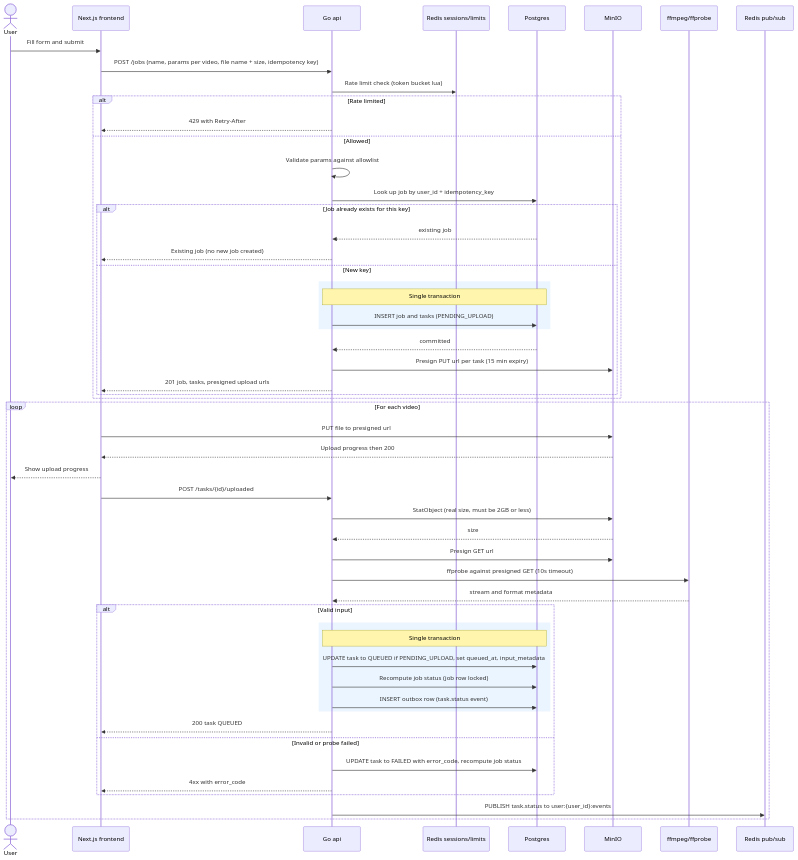
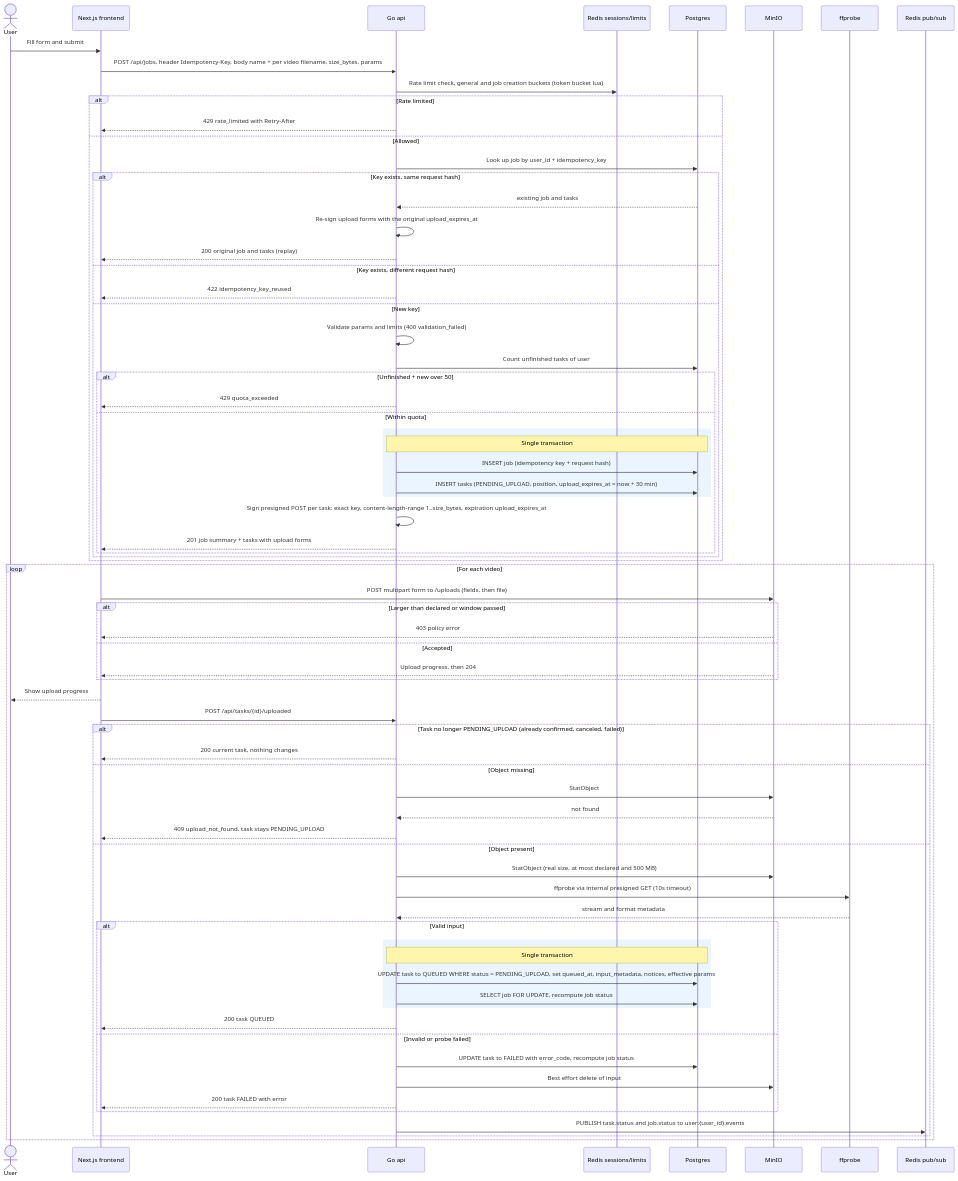
Before and after one commit to MardonBa/transcoding-job-scheduler: the diagram in docs/diagrams/sequence/02-job-creation-and-upload.md, drawn with Mermaid. The commit also changed other lines of this file and 31 other files, not shown here.

````diff
--- a/docs/diagrams/sequence/02-job-creation-and-upload.md
+++ b/docs/diagrams/sequence/02-job-creation-and-upload.md
@@ -5,58 +5,76 @@
 ```mermaid
 sequenceDiagram
     actor User
     participant Browser as Next.js frontend
     participant API as Go api
     participant RKV as Redis sessions/limits
     participant PG as Postgres
     participant MinIO
-    participant FFmpeg as ffmpeg/ffprobe
+    participant FFmpeg as ffprobe
     participant RPubSub as Redis pub/sub
 
     User->>Browser: Fill form and submit
-    Browser->>API: POST /jobs (name, params per video, file name + size, idempotency key)
-    API->>RKV: Rate limit check (token bucket lua)
+    Browser->>API: POST /api/jobs, header Idempotency-Key, body name + per video filename, size_bytes, params
+    API->>RKV: Rate limit check, general and job creation buckets (token bucket lua)
     alt Rate limited
-        API-->>Browser: 429 with Retry-After
+        API-->>Browser: 429 rate_limited with Retry-After
     else Allowed
-        API->>API: Validate params against allowlist
         API->>PG: Look up job by user_id + idempotency_key
-        alt Job already exists for this key
-            PG-->>API: existing job
-            API-->>Browser: Existing job (no new job created)
+        alt Key exists, same request hash
+            PG-->>API: existing job and tasks
+            API->>API: Re-sign upload forms with the original upload_expires_at
+            API-->>Browser: 200 original job and tasks (replay)
+        else Key exists, different request hash
+            API-->>Browser: 422 idempotency_key_reused
         else New key
-            rect rgb(235, 245, 255)
-                Note over API,PG: Single transaction
-                API->>PG: INSERT job and tasks (PENDING_UPLOAD)
+            API->>API: Validate params and limits (400 validation_failed)
+            API->>PG: Count unfinished tasks of user
+            alt Unfinished + new over 50
+                API-->>Browser: 429 quota_exceeded
+            else Within quota
+                rect rgb(235, 245, 255)
+                    Note over API,PG: Single transaction
+                    API->>PG: INSERT job (idempotency key + request hash)
+                    API->>PG: INSERT tasks (PENDING_UPLOAD, position, upload_expires_at = now + 30 min)
+                end
+                API->>API: Sign presigned POST per task: exact key, content-length-range 1..size_bytes, expiration upload_expires_at
+                API-->>Browser: 201 job summary + tasks with upload forms
             end
-            PG-->>API: committed
-            API->>MinIO: Presign PUT url per task (15 min expiry)
-            API-->>Browser: 201 job, tasks, presigned upload urls
         end
     end
 
     loop For each video
-        Browser->>MinIO: PUT file to presigned url
-        MinIO-->>Browser: Upload progress then 200
+        Browser->>MinIO: POST multipart form to /uploads (fields, then file)
+        alt Larger than declared or window passed
+            MinIO-->>Browser: 403 policy error
+        else Accepted
+            MinIO-->>Browser: Upload progress, then 204
+        end
         Browser-->>User: Show upload progress
-        Browser->>API: POST /tasks/{id}/uploaded
-        API->>MinIO: StatObject (real size, must be 2GB or less)
-        MinIO-->>API: size
-        API->>MinIO: Presign GET url
-        API->>FFmpeg: ffprobe against presigned GET (10s timeout)
-        FFmpeg-->>API: stream and format metadata
-        alt Valid input
-            rect rgb(235, 245, 255)
-                Note over API,PG: Single transaction
-                API->>PG: UPDATE task to QUEUED if PENDING_UPLOAD, set queued_at, input_metadata
-                API->>PG: Recompute job status (job row locked)
-                API->>PG: INSERT outbox row (task.status event)
+        Browser->>API: POST /api/tasks/{id}/uploaded
+        alt Task no longer PENDING_UPLOAD (already confirmed, canceled, failed)
+            API-->>Browser: 200 current task, nothing changes
+        else Object missing
+            API->>MinIO: StatObject
+            MinIO-->>API: not found
+            API-->>Browser: 409 upload_not_found, task stays PENDING_UPLOAD
+        else Object present
+            API->>MinIO: StatObject (real size, at most declared and 500 MB)
+            API->>FFmpeg: ffprobe via internal presigned GET (10s timeout)
+            FFmpeg-->>API: stream and format metadata
+            alt Valid input
+                rect rgb(235, 245, 255)
+                    Note over API,PG: Single transaction
+                    API->>PG: UPDATE task to QUEUED WHERE status = PENDING_UPLOAD, set queued_at, input_metadata, notices, effective params
+                    API->>PG: SELECT job FOR UPDATE, recompute job status
+                end
+                API-->>Browser: 200 task QUEUED
+            else Invalid or probe failed
+                API->>PG: UPDATE task to FAILED with error_code, recompute job status
+                API->>MinIO: Best effort delete of input
+                API-->>Browser: 200 task FAILED with error
             end
-            API-->>Browser: 200 task QUEUED
-        else Invalid or probe failed
-            API->>PG: UPDATE task to FAILED with error_code, recompute job status
-            API-->>Browser: 4xx with error_code
+            API->>RPubSub: PUBLISH task.status and job.status to user:{user_id}:events
         end
-        API->>RPubSub: PUBLISH task.status to user:{user_id}:events
     end
 ```
````
